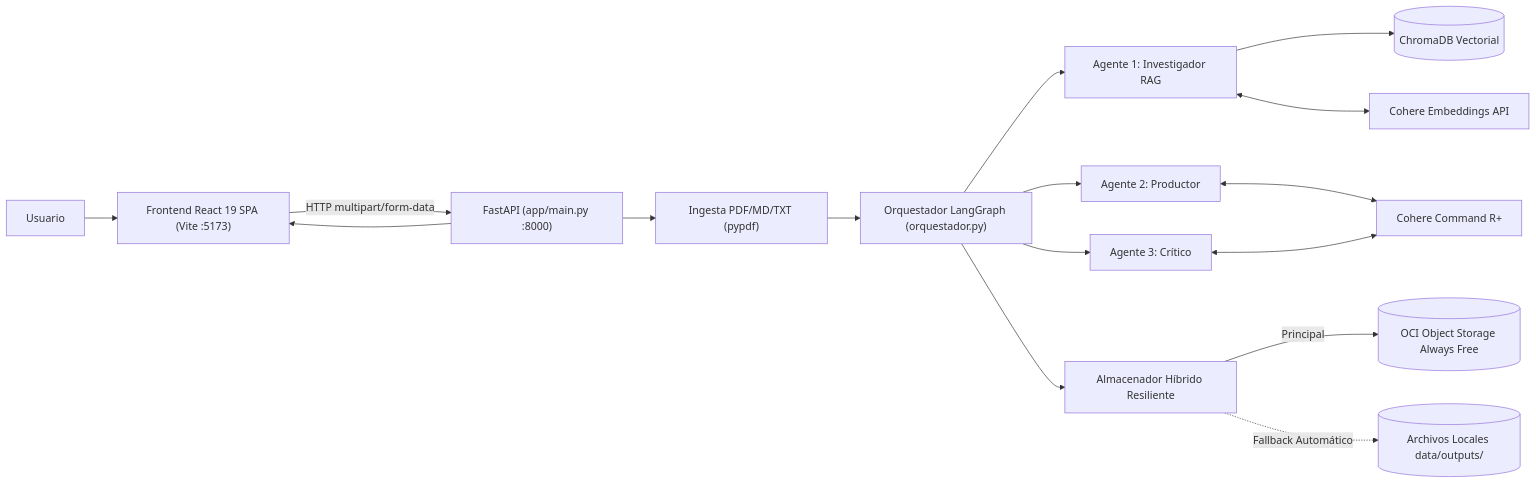
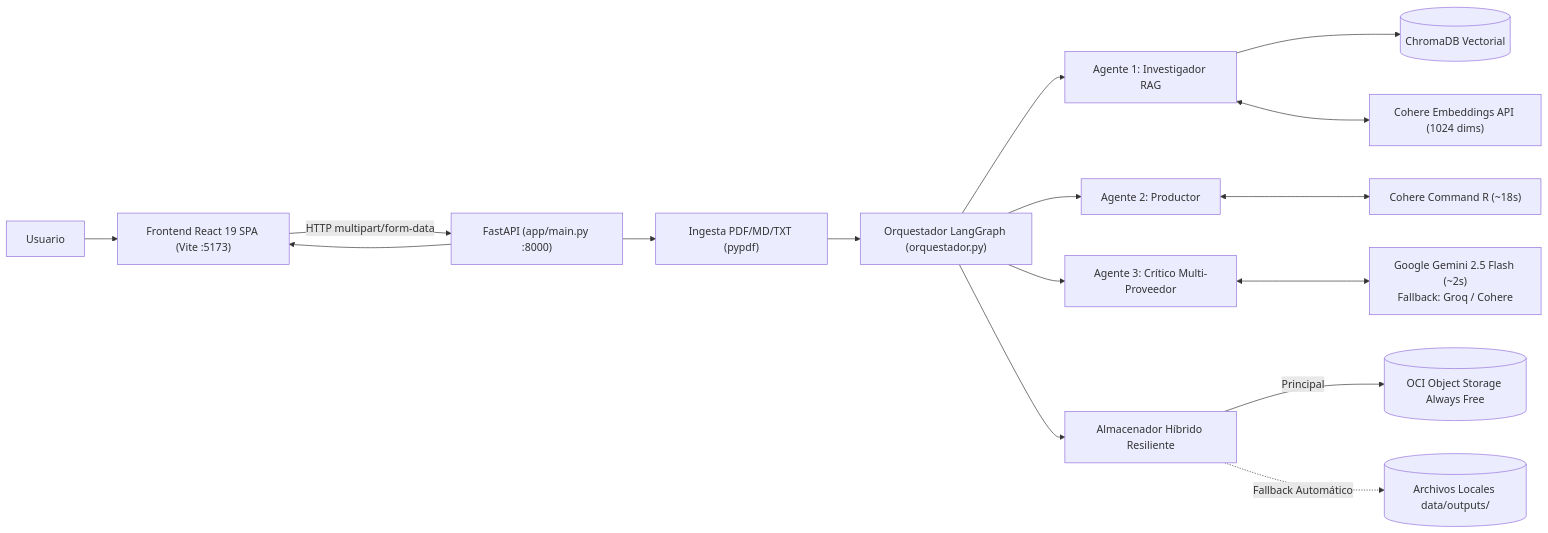
The first of 2 diagrams in backend/docs/ARCHITECTURE.md (No-Country-simulation/G10-LATAM-equipo10NovaMind), drawn with Mermaid before and after one commit. The commit also changed other lines of this file and 67 other files, not shown here.

````diff
--- a/backend/docs/ARCHITECTURE.md
+++ b/backend/docs/ARCHITECTURE.md
@@ -7,18 +7,18 @@
 ```mermaid
 flowchart LR
   U[Usuario] --> UI["Frontend React 19 SPA (Vite :5173)"]
   UI -->|HTTP multipart/form-data| API["FastAPI (app/main.py :8000)"]
   API --> ING["Ingesta PDF/MD/TXT (pypdf)"]
   ING --> ORQ["Orquestador LangGraph (orquestador.py)"]
   ORQ --> INV["Agente 1: Investigador RAG"]
   INV --> CH[("ChromaDB Vectorial")]
-  INV <--> COH_EMB["Cohere Embeddings API"]
+  INV <--> COH_EMB["Cohere Embeddings API (1024 dims)"]
   ORQ --> PROD["Agente 2: Productor"]
-  PROD <--> COH_LLM["Cohere Command R+"]
-  ORQ --> CRIT["Agente 3: Crítico"]
-  CRIT <--> COH_LLM
+  PROD <--> COH_LLM["Cohere Command R (~18s)"]
+  ORQ --> CRIT["Agente 3: Crítico Multi-Proveedor"]
+  CRIT <--> MULTI_LLM["Google Gemini 2.5 Flash (~2s)<br/>Fallback: Groq / Cohere"]
   ORQ --> STORE["Almacenador Híbrido Resiliente"]
   STORE -->|Principal| OCI[("OCI Object Storage Always Free")]
   STORE -.->|Fallback Automático| LOCAL[("Archivos Locales data/outputs/")]
   API --> UI
 ```
````
